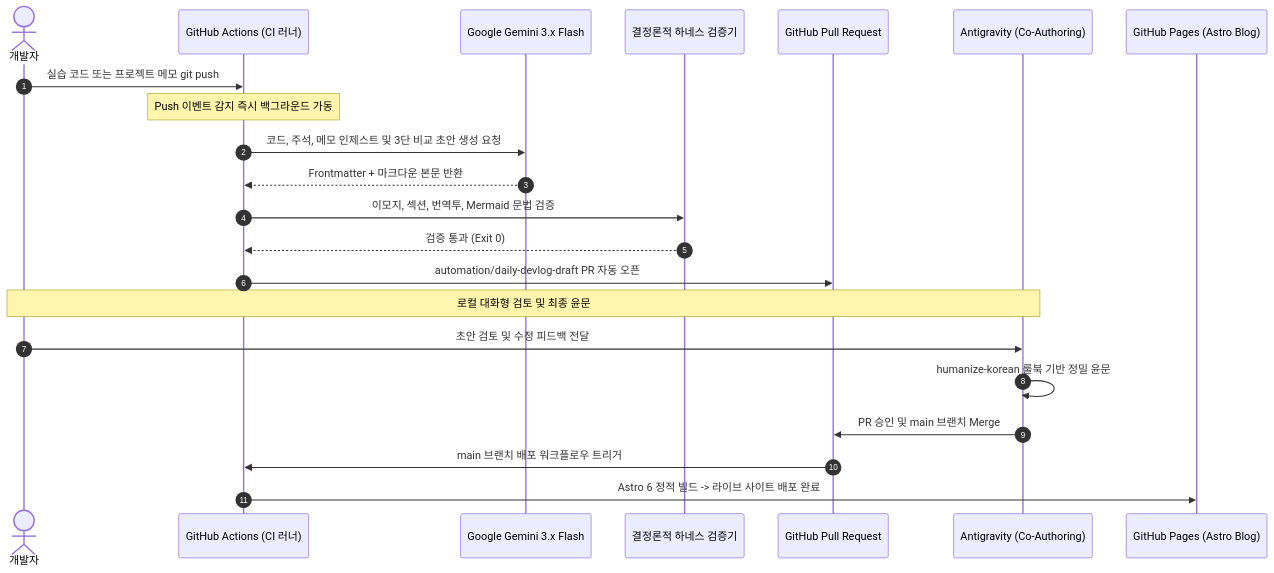
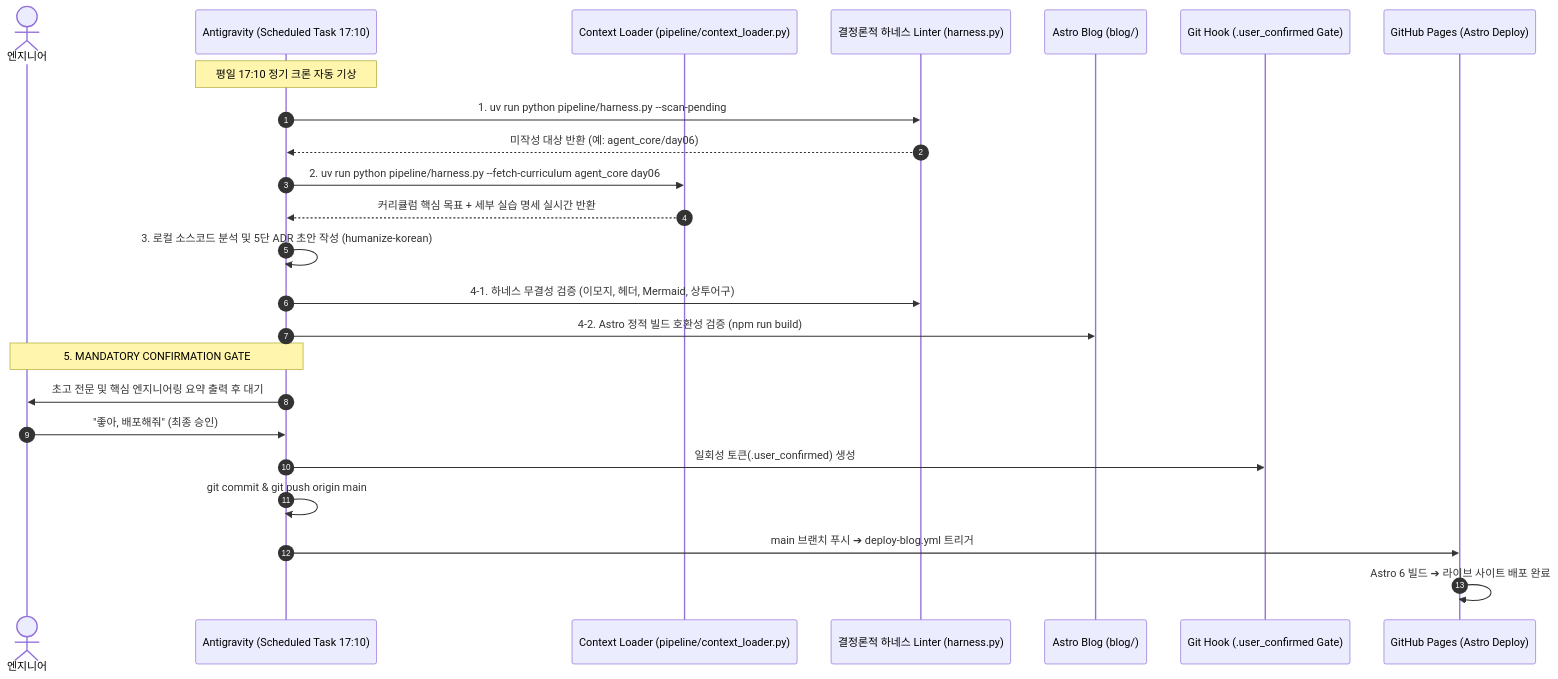
Before and after one commit to mmmphyun/security-agent-toolkit: the diagram in README.md, drawn with Mermaid. The commit also changed other lines of this file, not shown here.

````diff
--- a/README.md
+++ b/README.md
@@ -53,27 +58,33 @@
 ```mermaid
 sequenceDiagram
     autonumber
-    actor Dev as 개발자
-    participant GH as GitHub Actions (CI 러너)
-    participant Gemini as Google Gemini 3.x Flash
-    participant Harness as 결정론적 하네스 검증기
-    participant PR as GitHub Pull Request
-    participant AGY as Antigravity (Co-Authoring)
-    participant Pages as GitHub Pages (Astro Blog)
+    actor Dev as 엔지니어
+    participant AGY as Antigravity (Scheduled Task 17:10)
+    participant Context as Context Loader (pipeline/context_loader.py)
+    participant Harness as 결정론적 하네스 Linter (harness.py)
+    participant Astro as Astro Blog (blog/)
+    participant Hook as Git Hook (.user_confirmed Gate)
+    participant GH as GitHub Pages (Astro Deploy)
 
-    Dev->>GH: 실습 코드 또는 프로젝트 메모 git push
-    Note over GH: Push 이벤트 감지 즉시 백그라운드 가동
-    GH->>Gemini: 코드, 주석, 메모 인제스트 및 3단 비교 초안 생성 요청
-    Gemini-->>GH: Frontmatter + 마크다운 본문 반환
-    GH->>Harness: 이모지, 섹션, 번역투, Mermaid 문법 검증
-    Harness-->>GH: 검증 통과 (Exit 0)
-    GH->>PR: automation/daily-devlog-draft PR 자동 오픈
-
-    Note over Dev,AGY: 로컬 대화형 검토 및 최종 윤문
-    Dev->>AGY: 초안 검토 및 수정 피드백 전달
-    AGY->>AGY: humanize-korean 룰북 기반 정밀 윤문
-    AGY->>PR: PR 승인 및 main 브랜치 Merge
-
-    PR->>GH: main 브랜치 배포 워크플로우 트리거
-    GH->>Pages: Astro 6 정적 빌드 -> 라이브 사이트 배포 완료
+    Note over AGY: 평일 17:10 정기 크론 자동 기상
+    AGY->>Harness: 1. uv run python pipeline/harness.py --scan-pending
+    Harness-->>AGY: 미작성 대상 반환 (예: agent_core/day06)
+    
+    AGY->>Context: 2. uv run python pipeline/harness.py --fetch-curriculum agent_core day06
+    Context-->>AGY: 커리큘럼 핵심 목표 + 세부 실습 명세 실시간 반환
+    
+    AGY->>AGY: 3. 로컬 소스코드 분석 및 5단 ADR 초안 작성 (humanize-korean)
+    
+    AGY->>Harness: 4-1. 하네스 무결성 검증 (이모지, 헤더, Mermaid, 상투어구)
+    AGY->>Astro: 4-2. Astro 정적 빌드 호환성 검증 (npm run build)
+    
+    Note over AGY,Dev: 5. MANDATORY CONFIRMATION GATE
+    AGY->>Dev: 초고 전문 및 핵심 엔지니어링 요약 출력 후 대기
+    
+    Dev->>AGY: "좋아, 배포해줘" (최종 승인)
+    AGY->>Hook: 일회성 토큰(.user_confirmed) 생성
+    AGY->>AGY: git commit & git push origin main
+    
+    AGY->>GH: main 브랜치 푸시 ➔ deploy-blog.yml 트리거
+    GH->>GH: Astro 6 빌드 ➔ 라이브 사이트 배포 완료
 ```
````
